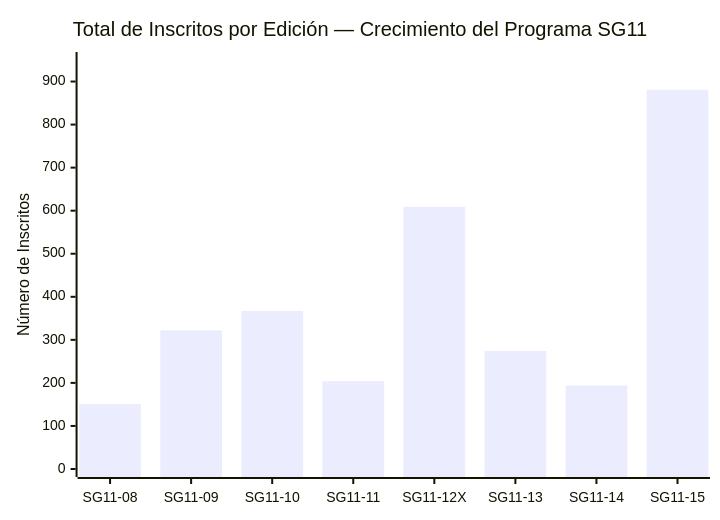
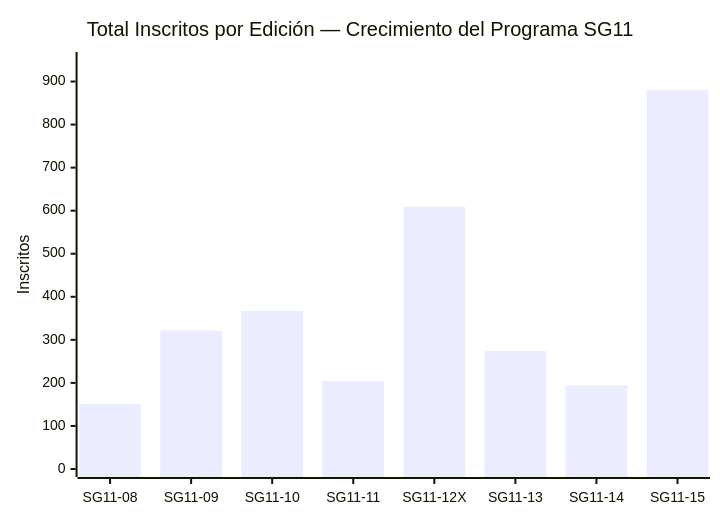
Before and after one commit to daniel-alt-pages/propuestas: the second of 4 diagrams in reporte_detallado_sg11_13.md, drawn with Mermaid. The commit also changed other lines of this file, not shown here.

````diff
--- a/reporte_detallado_sg11_13.md
+++ b/reporte_detallado_sg11_13.md
@@ -78,7 +84,7 @@
 ```mermaid
 xychart-beta
-    title "Total de Inscritos por Edición — Crecimiento del Programa SG11"
-    x-axis ["SG11-08", "SG11-09", "SG11-10", "SG11-11", "SG11-12X", "SG11-13", "SG11-14", "SG11-15"]
-    y-axis "Número de Inscritos" 0 --> 950
+    title "Total Inscritos por Edición — Crecimiento del Programa SG11"
+    x-axis ["SG11-08","SG11-09","SG11-10","SG11-11","SG11-12X","SG11-13","SG11-14","SG11-15"]
+    y-axis "Inscritos" 0 --> 950
     bar [151, 322, 367, 204, 609, 274, 194, 881]
 ```
````
